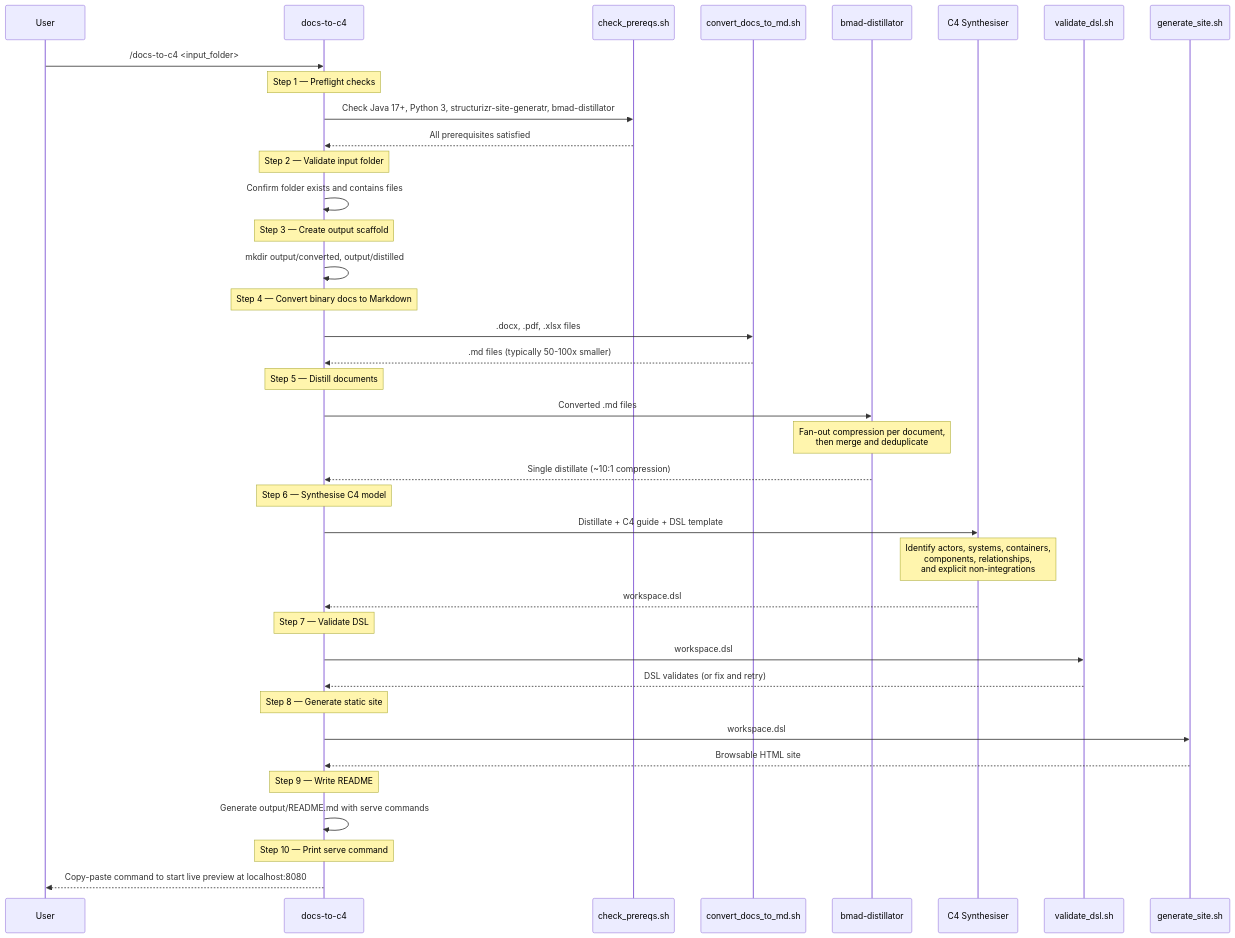
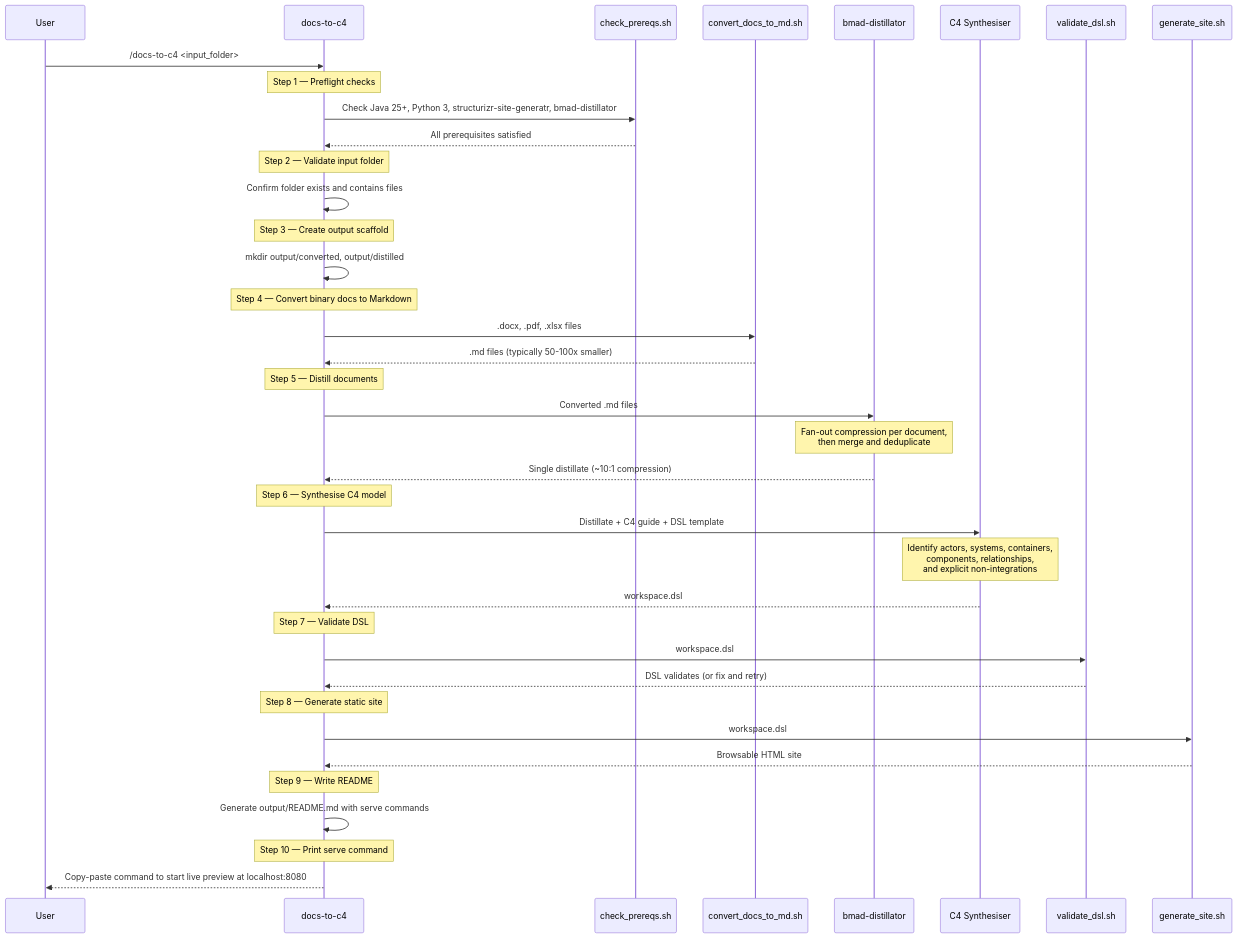
One commit to hmcts/ji-analysis changed the diagram in README.md. Above: the diagram before and after it, drawn with Mermaid. The commit also changed other lines of this file and 2 other files, not shown here.

Commit message:
Update Java version requirement to 25 in documentation and scripts

````diff
--- a/README.md
+++ b/README.md
@@ -102,51 +102,51 @@
 ```mermaid
 sequenceDiagram
     participant User
     participant Skill as docs-to-c4
     participant Prereqs as check_prereqs.sh
     participant Converter as convert_docs_to_md.sh
     participant Distillator as bmad-distillator
     participant Synth as C4 Synthesiser
     participant Validator as validate_dsl.sh
     participant Generator as generate_site.sh
 
     User->>Skill: /docs-to-c4 <input_folder>
 
     Note over Skill: Step 1 — Preflight checks
-    Skill->>Prereqs: Check Java 17+, Python 3, structurizr-site-generatr, bmad-distillator
+    Skill->>Prereqs: Check Java 25+, Python 3, structurizr-site-generatr, bmad-distillator
     Prereqs-->>Skill: All prerequisites satisfied
 
     Note over Skill: Step 2 — Validate input folder
     Skill->>Skill: Confirm folder exists and contains files
 
     Note over Skill: Step 3 — Create output scaffold
     Skill->>Skill: mkdir output/converted, output/distilled
 
     Note over Skill: Step 4 — Convert binary docs to Markdown
     Skill->>Converter: .docx, .pdf, .xlsx files
     Converter-->>Skill: .md files (typically 50-100x smaller)
 
     Note over Skill: Step 5 — Distill documents
     Skill->>Distillator: Converted .md files
     Note over Distillator: Fan-out compression per document,<br/>then merge and deduplicate
     Distillator-->>Skill: Single distillate (~10:1 compression)
 
     Note over Skill: Step 6 — Synthesise C4 model
     Skill->>Synth: Distillate + C4 guide + DSL template
     Note over Synth: Identify actors, systems, containers,<br/>components, relationships,<br/>and explicit non-integrations
     Synth-->>Skill: workspace.dsl
 
     Note over Skill: Step 7 — Validate DSL
     Skill->>Validator: workspace.dsl
     Validator-->>Skill: DSL validates (or fix and retry)
 
     Note over Skill: Step 8 — Generate static site
     Skill->>Generator: workspace.dsl
     Generator-->>Skill: Browsable HTML site
 
     Note over Skill: Step 9 — Write README
     Skill->>Skill: Generate output/README.md with serve commands
 
     Note over Skill: Step 10 — Print serve command
     Skill-->>User: Copy-paste command to start live preview at localhost:8080
 ```
````
